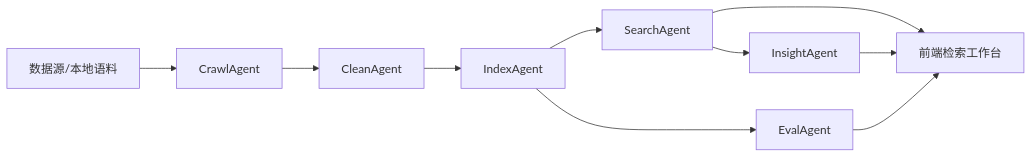
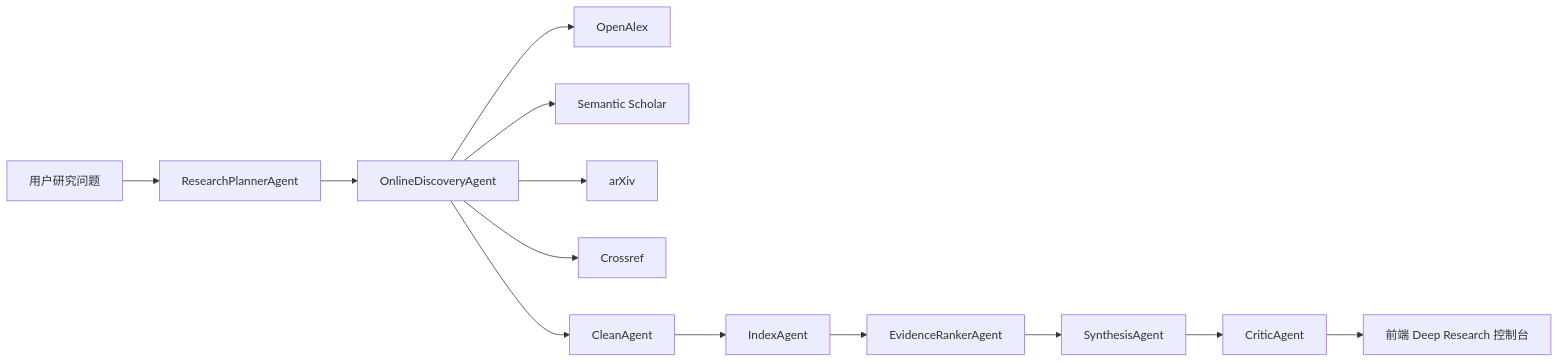
Before and after one commit to edgerunneres/keyboy-ai-search: the diagram in docs/SYSTEM_DESIGN.md, drawn with Mermaid. The commit also changed other lines of this file and 15 other files, not shown here.

Commit message:
Upgrade to agentic LLM research architecture

````diff
--- a/docs/SYSTEM_DESIGN.md
+++ b/docs/SYSTEM_DESIGN.md
@@ -14,12 +19,15 @@
 ```mermaid
 flowchart LR
-  A["数据源/本地语料"] --> B["CrawlAgent"]
-  B --> C["CleanAgent"]
-  C --> D["IndexAgent"]
-  D --> E["SearchAgent"]
-  E --> F["InsightAgent"]
-  D --> G["EvalAgent"]
-  E --> H["前端检索工作台"]
-  F --> H
-  G --> H
+  U["用户研究问题"] --> P["ResearchPlannerAgent"]
+  P --> O["OnlineDiscoveryAgent"]
+  O --> S1["OpenAlex"]
+  O --> S2["Semantic Scholar"]
+  O --> S3["arXiv"]
+  O --> S4["Crossref"]
+  O --> C["CleanAgent"]
+  C --> I["IndexAgent"]
+  I --> R["EvidenceRankerAgent"]
+  R --> Y["SynthesisAgent"]
+  Y --> K["CriticAgent"]
+  K --> UI["前端 Deep Research 控制台"]
 ```
````
